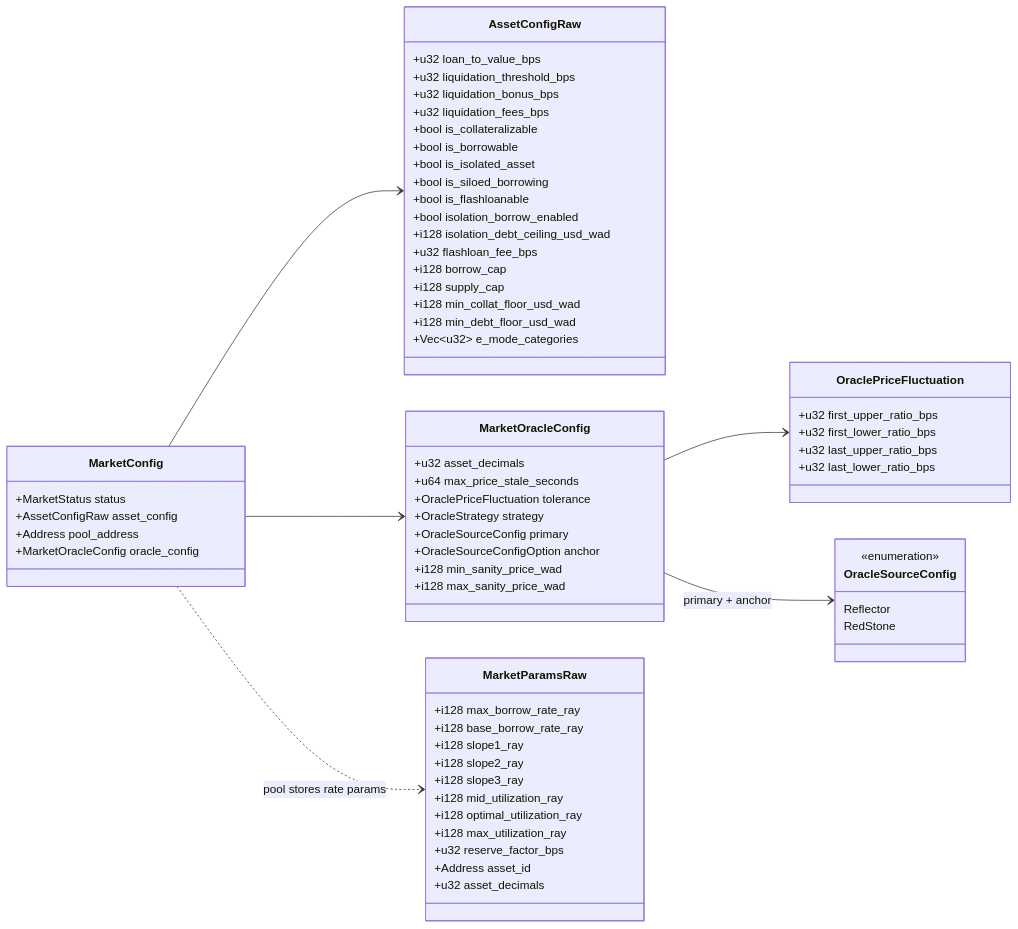
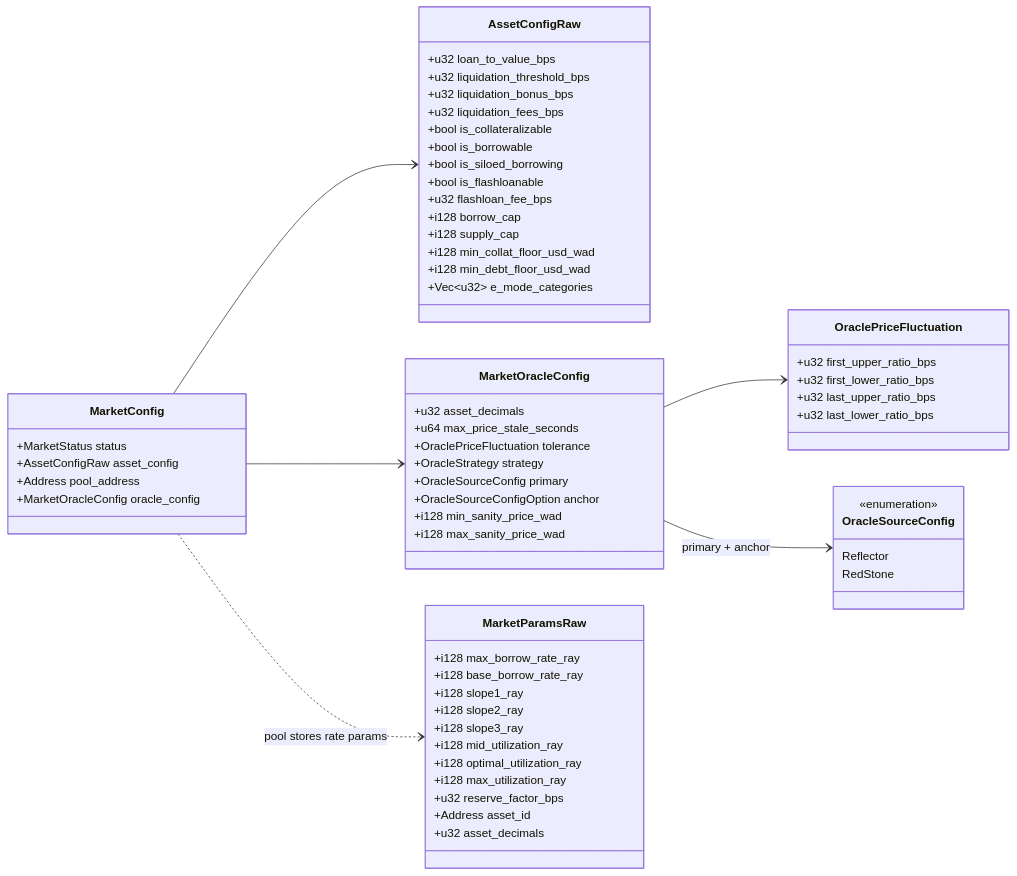
Before and after one commit to XOXNO/rs-lending-xlm: the fourth of 14 diagrams in SCF_BUILD_ARCHITECTURE.md, drawn with Mermaid. The commit also changed other lines of this file and 107 other files, not shown here.

First line of the commit message:
refactor: remove isolation-mode / isolated-debt subsystem

````diff
--- a/SCF_BUILD_ARCHITECTURE.md
+++ b/SCF_BUILD_ARCHITECTURE.md
@@ -362,75 +355,72 @@
 ```mermaid
 classDiagram
     direction LR
 
     class MarketConfig {
         +MarketStatus status
         +AssetConfigRaw asset_config
         +Address pool_address
         +MarketOracleConfig oracle_config
     }
 
     class AssetConfigRaw {
         +u32 loan_to_value_bps
         +u32 liquidation_threshold_bps
         +u32 liquidation_bonus_bps
         +u32 liquidation_fees_bps
         +bool is_collateralizable
         +bool is_borrowable
-        +bool is_isolated_asset
         +bool is_siloed_borrowing
         +bool is_flashloanable
-        +bool isolation_borrow_enabled
-        +i128 isolation_debt_ceiling_usd_wad
         +u32 flashloan_fee_bps
         +i128 borrow_cap
         +i128 supply_cap
         +i128 min_collat_floor_usd_wad
         +i128 min_debt_floor_usd_wad
         +Vec~u32~ e_mode_categories
     }
 
     class MarketOracleConfig {
         +u32 asset_decimals
         +u64 max_price_stale_seconds
         +OraclePriceFluctuation tolerance
         +OracleStrategy strategy
         +OracleSourceConfig primary
         +OracleSourceConfigOption anchor
         +i128 min_sanity_price_wad
         +i128 max_sanity_price_wad
     }
 
     class OracleSourceConfig {
         <<enumeration>>
         Reflector
         RedStone
     }
 
     class OraclePriceFluctuation {
         +u32 first_upper_ratio_bps
         +u32 first_lower_ratio_bps
         +u32 last_upper_ratio_bps
         +u32 last_lower_ratio_bps
     }
 
     class MarketParamsRaw {
         +i128 max_borrow_rate_ray
         +i128 base_borrow_rate_ray
         +i128 slope1_ray
         +i128 slope2_ray
         +i128 slope3_ray
         +i128 mid_utilization_ray
         +i128 optimal_utilization_ray
         +i128 max_utilization_ray
         +u32 reserve_factor_bps
         +Address asset_id
         +u32 asset_decimals
     }
 
     MarketConfig --> AssetConfigRaw
     MarketConfig --> MarketOracleConfig
     MarketOracleConfig --> OraclePriceFluctuation
     MarketOracleConfig --> OracleSourceConfig : primary + anchor
     MarketConfig ..> MarketParamsRaw : pool stores rate params
 ```
````
